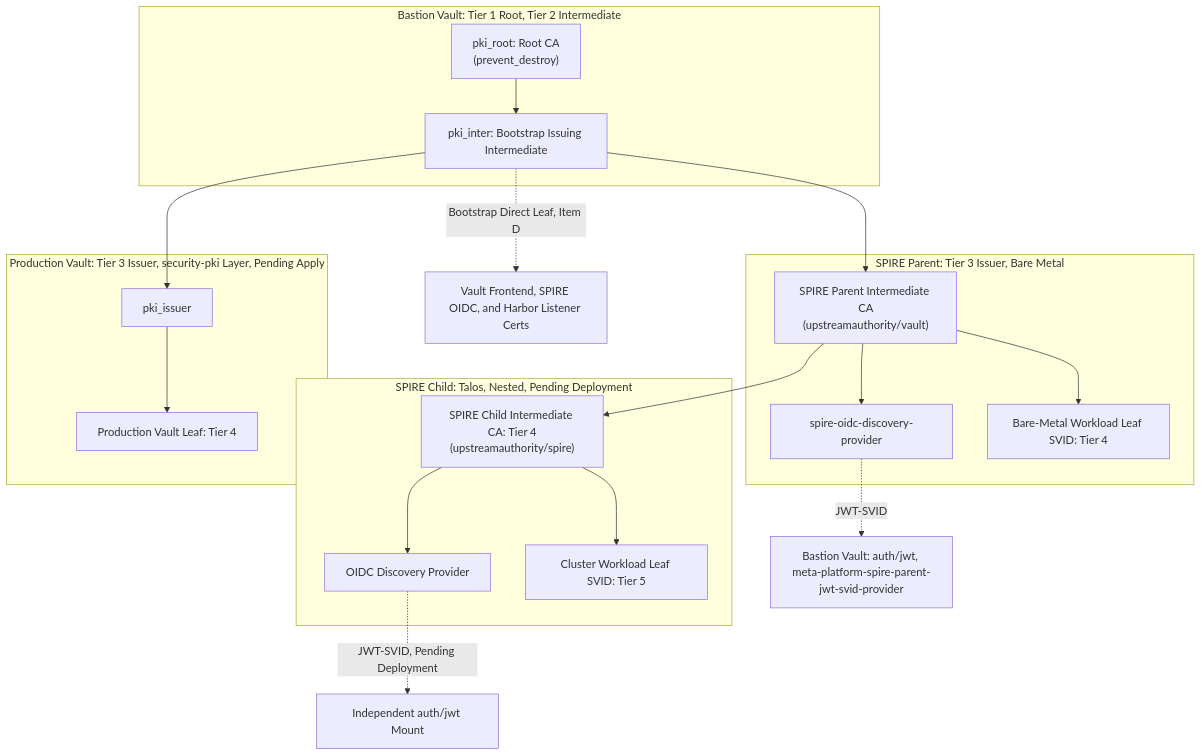
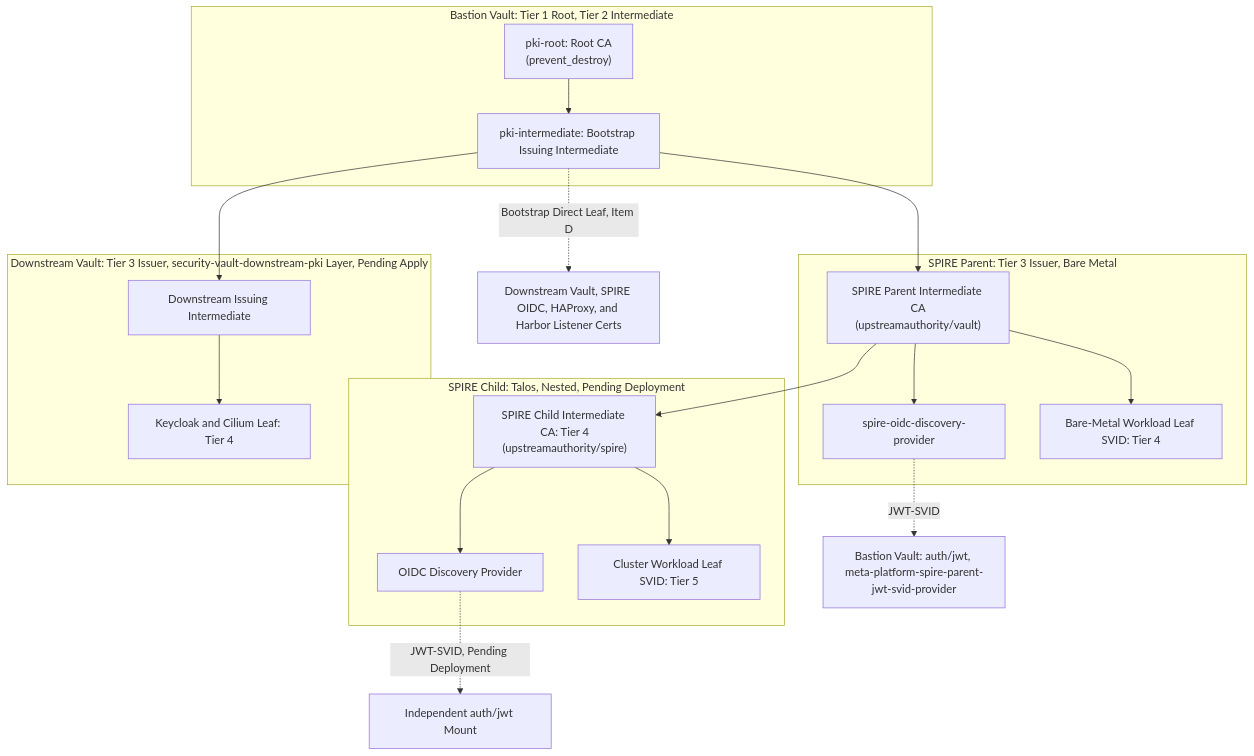
Before and after one commit to csning1998/meta-platform: the diagram in documentation/architecture/platform-spire-parent-frontend.md, drawn with Mermaid. The commit also changed other lines of this file and 34 other files, not shown here.

````diff
--- a/documentation/architecture/platform-spire-parent-frontend.md
+++ b/documentation/architecture/platform-spire-parent-frontend.md
@@ -56,37 +54,37 @@
 ```mermaid
 flowchart TD
     subgraph BASTION ["Bastion Vault: Tier 1 Root, Tier 2 Intermediate"]
-        ROOT["pki_root: Root CA\n(prevent_destroy)"]
-        INTER["pki_inter: Bootstrap Issuing Intermediate"]
+        ROOT["pki-root: Root CA\n(prevent_destroy)"]
+        INTER["pki-intermediate: Bootstrap Issuing Intermediate"]
     end
 
     subgraph PARENT ["SPIRE Parent: Tier 3 Issuer, Bare Metal"]
         PARENT_CA["SPIRE Parent Intermediate CA\n(upstreamauthority/vault)"]
         PARENT_OIDC["spire-oidc-discovery-provider"]
         PARENT_SVID["Bare-Metal Workload Leaf SVID: Tier 4"]
     end
 
     subgraph CHILD ["SPIRE Child: Talos, Nested, Pending Deployment"]
         CHILD_CA["SPIRE Child Intermediate CA: Tier 4\n(upstreamauthority/spire)"]
         CHILD_OIDC["OIDC Discovery Provider"]
         CHILD_SVID["Cluster Workload Leaf SVID: Tier 5"]
     end
 
-    subgraph PRODVAULT ["Production Vault: Tier 3 Issuer, security-pki Layer, Pending Apply"]
-        PROD_ISSUER["pki_issuer"]
-        PROD_LEAF["Production Vault Leaf: Tier 4"]
+    subgraph PRODVAULT ["Downstream Vault: Tier 3 Issuer, security-vault-downstream-pki Layer, Pending Apply"]
+        PROD_ISSUER["Downstream Issuing Intermediate"]
+        PROD_LEAF["Keycloak and Cilium Leaf: Tier 4"]
     end
 
     ROOT --> INTER
     INTER --> PARENT_CA
     INTER --> PROD_ISSUER
     PROD_ISSUER --> PROD_LEAF
     PARENT_CA --> CHILD_CA
     PARENT_CA --> PARENT_SVID
     CHILD_CA --> CHILD_SVID
     PARENT_CA --> PARENT_OIDC
     CHILD_CA --> CHILD_OIDC
     PARENT_OIDC -.->|JWT-SVID| BASTION_JWT["Bastion Vault: auth/jwt, meta-platform-spire-parent-jwt-svid-provider"]
     CHILD_OIDC -.->|JWT-SVID, Pending Deployment| CHILD_JWT["Independent auth/jwt Mount"]
-    INTER -.->|Bootstrap Direct Leaf, Item D| BOOTSTRAP_LEAF["Vault Frontend, SPIRE OIDC, and Harbor Listener Certs"]
+    INTER -.->|Bootstrap Direct Leaf, Item D| BOOTSTRAP_LEAF["Downstream Vault, SPIRE OIDC, HAProxy, and Harbor Listener Certs"]
 ```
````
